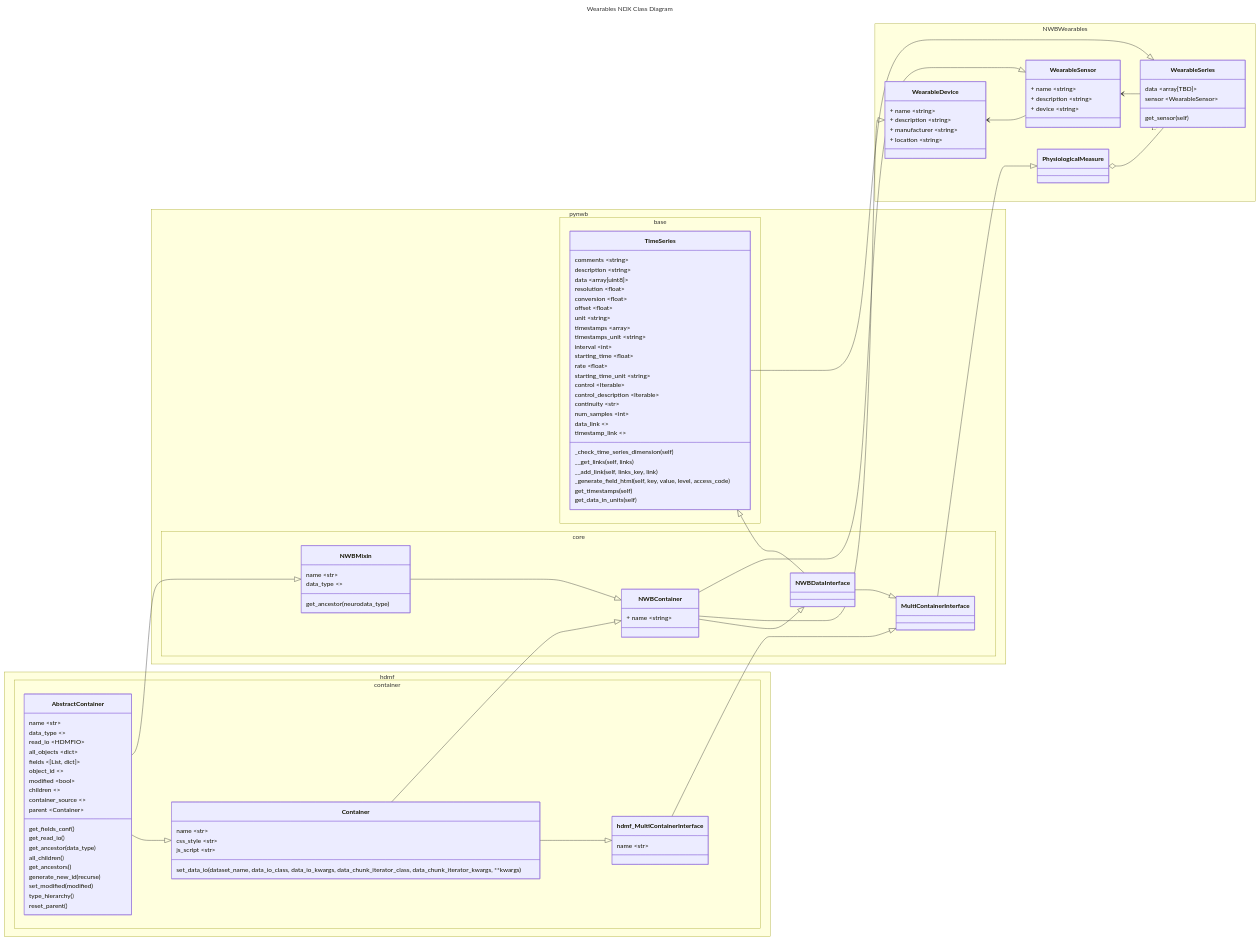
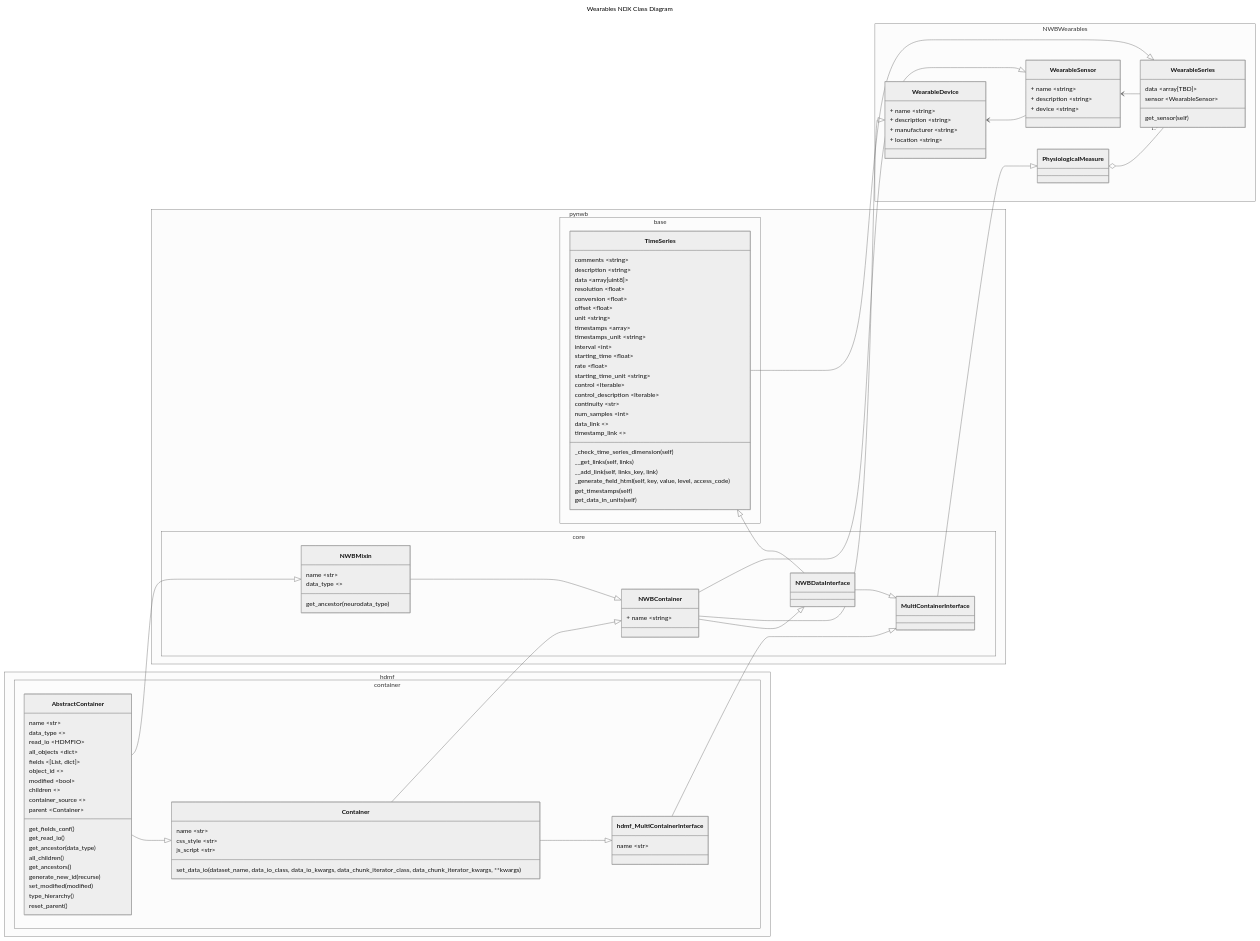
The diagram in doc/design/wearables_ndx.mmd (aplbrain/BBQS-EMBER-Data-Model), drawn with Mermaid before and after one commit.

Commit message:
final change back to neutral

```diff
--- a/doc/design/wearables_ndx.mmd
+++ b/doc/design/wearables_ndx.mmd
@@ -1,148 +1,145 @@
 ---
 title: Wearables NDX Class Diagram
 ---
-%%{init: {
-    'theme':'neutral',
-    }
-}%%
+%%{init: {'theme':'neutral'}}%%
     classDiagram
         direction RL
 
 
         NWBDataInterface --|> TimeSeries
         NWBDataInterface <|-- NWBContainer
         WearableDevice <|-- NWBContainer
         WearableSensor <|-- NWBContainer
         WearableSeries <|-- TimeSeries
         PhysiologicalMeasure <|-- MultiContainerInterface
         MultiContainerInterface <|-- NWBDataInterface
         MultiContainerInterface <|-- hdmf_MultiContainerInterface
         hdmf_MultiContainerInterface <|-- Container
         Container <|-- AbstractContainer
         NWBContainer <|-- Container
         NWBContainer <|-- NWBMixin 
         NWBMixin <|-- AbstractContainer
 
         WearableSensor --> WearableDevice 
         WearableSeries --> WearableSensor
         WearableSeries "1..*" --o PhysiologicalMeasure
     
         namespace pynwb.base {
             class TimeSeries {
                 comments ~string~
                 description ~string~
                 data ~array[uint8]~
                 resolution ~float~
                 conversion ~float~
                 offset ~float~
                 unit ~string~
                 timestamps ~array~
                 timestamps_unit ~string~
                 interval ~int~
                 starting_time ~float~
                 rate ~float~
                 starting_time_unit ~string~
                 control ~Iterable~
                 control_description ~Iterable~
                 continuity ~str~
                 num_samples ~int~
                 data_link ~~
                 timestamp_link ~~
 
 
                 _check_time_series_dimension(self)
                 __get_links(self, links)
                 __add_link(self, links_key, link)
                 _generate_field_html(self, key, value, level, access_code)
                 get_timestamps(self)
                 get_data_in_units(self)
 
 
 
             }
         }
 
         namespace pynwb.core {
             class NWBDataInterface {
             }
 
             class MultiContainerInterface {
             }
 
             class NWBContainer {
                 + name ~string~
             }
 
             class NWBMixin {
                 name ~str~
                 data_type ~~
 
                 get_ancestor(neurodata_type)
             }
         }
         
         namespace hdmf.container {
             class hdmf_MultiContainerInterface {
                 name ~str~
             }
 
             class Container {
                 name ~str~
                 css_style ~str~
                 js_script ~str~
 
                 set_data_io(dataset_name, data_io_class, data_io_kwargs, data_chunk_iterator_class, data_chunk_iterator_kwargs, **kwargs)
 
             }
             
             class AbstractContainer {
                 name ~str~
                 data_type ~~
                 read_io ~HDMFIO~
                 all_objects ~dict~
                 fields ~[List, dict]~
                 object_id ~~
                 modified ~bool~
                 children ~~
                 container_source ~~
                 parent ~Container~
 
                 get_fields_conf()
                 get_read_io()
                 get_ancestor(data_type)
                 all_children()
                 get_ancestors()
                 generate_new_id(recurse)
                 set_modified(modified)
                 type_hierarchy()
                 reset_parent()
             }
 
         }
 
         namespace NWBWearables {
             class WearableDevice {
                 + name ~string~
                 + description ~string~
                 + manufacturer ~string~
                 + location ~string~
             }
 
             class WearableSensor {
                 + name ~string~
                 + description ~string~
                 + device ~string~
             }
 
             class WearableSeries {
                 data ~array[TBD]~
                 sensor ~WearableSensor~
 
                 get_sensor(self)
             }
 
             class PhysiologicalMeasure{
 
             }
 
         }
```
